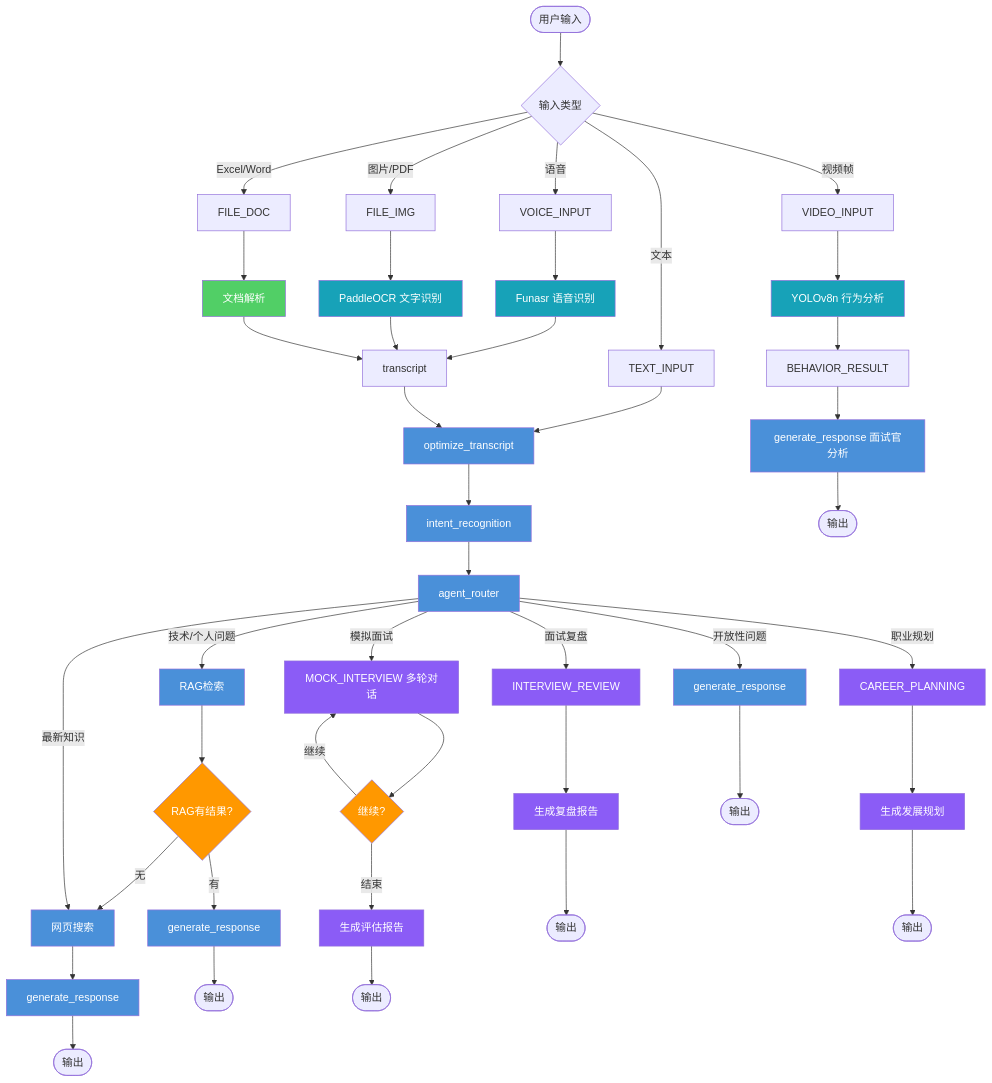
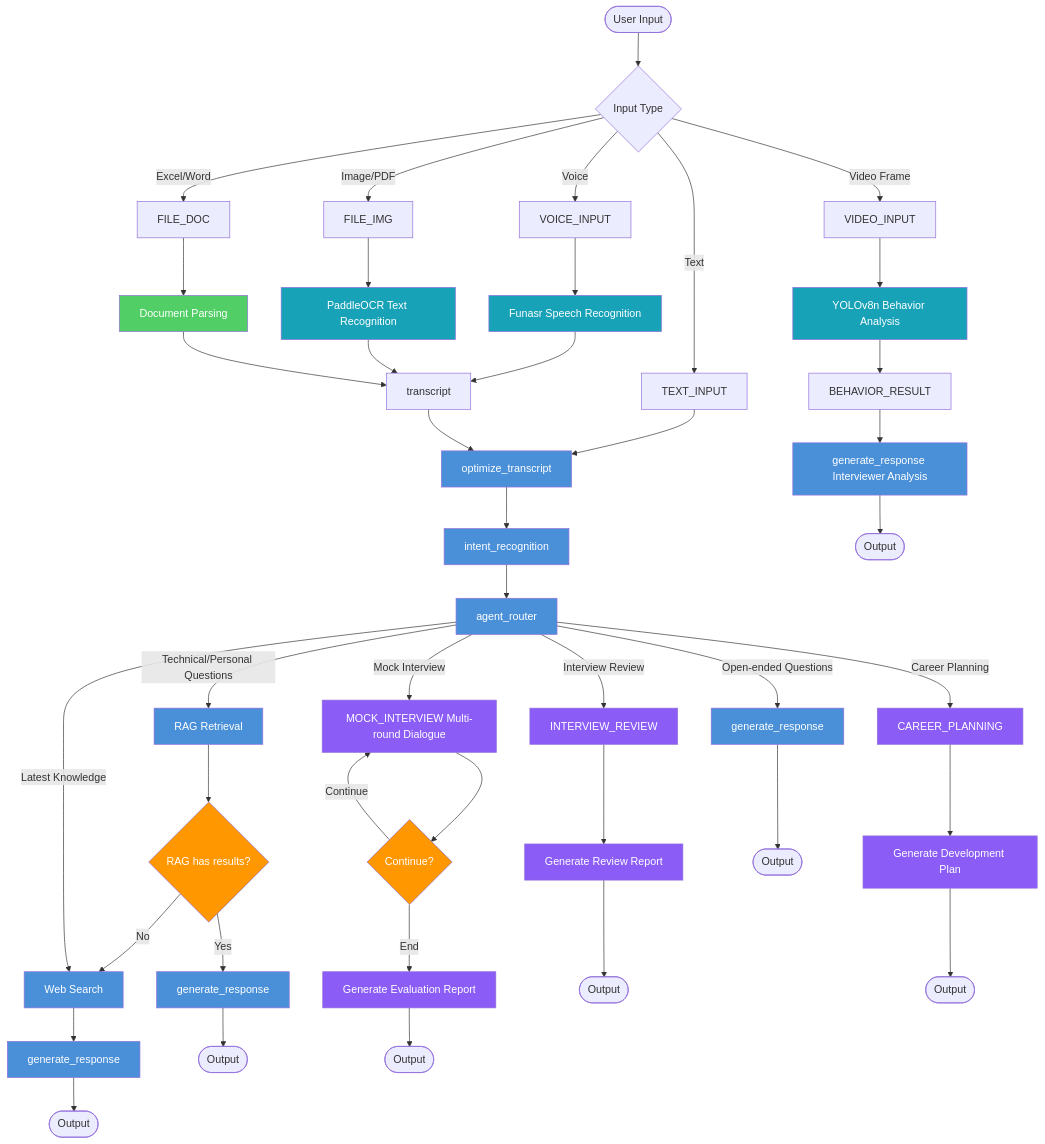
Before and after one commit to MM-arthur/IntelliView: the diagram in README.md, drawn with Mermaid. The commit also changed other lines of this file and 1 other file, not shown here.

````diff
--- a/README.md
+++ b/README.md
@@ -79,80 +82,80 @@
 ```mermaid
 graph TD
-    START([用户输入]) --> INPUT_TYPE{输入类型}
+    START([User Input]) --> INPUT_TYPE{Input Type}
 
-    INPUT_TYPE -->|文本| TEXT_INPUT
-    INPUT_TYPE -->|语音| VOICE_INPUT
-    INPUT_TYPE -->|视频帧| VIDEO_INPUT
-    INPUT_TYPE -->|图片/PDF| FILE_IMG
+    INPUT_TYPE -->|Text| TEXT_INPUT
+    INPUT_TYPE -->|Voice| VOICE_INPUT
+    INPUT_TYPE -->|Video Frame| VIDEO_INPUT
+    INPUT_TYPE -->|Image/PDF| FILE_IMG
     INPUT_TYPE -->|Excel/Word| FILE_DOC
 
     TEXT_INPUT --> OPTIMIZE
-    VOICE_INPUT --> WHISPER[Funasr 语音识别]
+    VOICE_INPUT --> WHISPER[Funasr Speech Recognition]
     WHISPER --> TRANSCRIPT[transcript]
     TRANSCRIPT --> OPTIMIZE
 
-    FILE_IMG --> OCR[PaddleOCR 文字识别]
+    FILE_IMG --> OCR[PaddleOCR Text Recognition]
     OCR --> TRANSCRIPT
 
-    FILE_DOC --> DOC_PARSE[文档解析]
+    FILE_DOC --> DOC_PARSE[Document Parsing]
     DOC_PARSE --> TRANSCRIPT
 
-    VIDEO_INPUT --> YOLO[YOLOv8n 行为分析]
+    VIDEO_INPUT --> YOLO[YOLOv8n Behavior Analysis]
     YOLO --> BEHAVIOR_RESULT
 
     OPTIMIZE[optimize_transcript] --> INTENT[intent_recognition]
     INTENT --> ROUTER[agent_router]
 
-    ROUTER -->|技术/个人问题| RAG[RAG检索]
-    RAG --> CHECK1{RAG有结果?}
-    CHECK1 -->|有| GENERATE_RAG[generate_response]
-    CHECK1 -->|无| SEARCH
+    ROUTER -->|Technical/Personal Questions| RAG[RAG Retrieval]
+    RAG --> CHECK1{RAG has results?}
+    CHECK1 -->|Yes| GENERATE_RAG[generate_response]
+    CHECK1 -->|No| SEARCH
 
-    ROUTER -->|最新知识| SEARCH[网页搜索]
+    ROUTER -->|Latest Knowledge| SEARCH[Web Search]
     SEARCH --> GENERATE_WEB[generate_response]
 
-    ROUTER -->|开放性问题| GENERATE_OPEN[generate_response]
+    ROUTER -->|Open-ended Questions| GENERATE_OPEN[generate_response]
 
-    ROUTER -->|模拟面试| MOCK[MOCK_INTERVIEW 多轮对话]
-    MOCK --> MOCK_LOOP{继续?}
-    MOCK_LOOP -->|继续| MOCK
-    MOCK_LOOP -->|结束| MOCK_REPORT[生成评估报告]
+    ROUTER -->|Mock Interview| MOCK[MOCK_INTERVIEW Multi-round Dialogue]
+    MOCK --> MOCK_LOOP{Continue?}
+    MOCK_LOOP -->|Continue| MOCK
+    MOCK_LOOP -->|End| MOCK_REPORT[Generate Evaluation Report]
 
-    ROUTER -->|面试复盘| REVIEW[INTERVIEW_REVIEW]
-    REVIEW --> REVIEW_RPT[生成复盘报告]
+    ROUTER -->|Interview Review| REVIEW[INTERVIEW_REVIEW]
+    REVIEW --> REVIEW_RPT[Generate Review Report]
 
-    ROUTER -->|职业规划| CAREER[CAREER_PLANNING]
-    CAREER --> CAREER_PLAN[生成发展规划]
+    ROUTER -->|Career Planning| CAREER[CAREER_PLANNING]
+    CAREER --> CAREER_PLAN[Generate Development Plan]
 
-    BEHAVIOR_RESULT --> BEHAVIOR_RESP[generate_response 面试官分析]
+    BEHAVIOR_RESULT --> BEHAVIOR_RESP[generate_response Interviewer Analysis]
 
-    GENERATE_RAG --> END1([输出])
-    GENERATE_WEB --> END2([输出])
-    GENERATE_OPEN --> END3([输出])
-    BEHAVIOR_RESP --> END4([输出])
-    MOCK_REPORT --> END5([输出])
-    REVIEW_RPT --> END6([输出])
-    CAREER_PLAN --> END7([输出])
+    GENERATE_RAG --> END1([Output])
+    GENERATE_WEB --> END2([Output])
+    GENERATE_OPEN --> END3([Output])
+    BEHAVIOR_RESP --> END4([Output])
+    MOCK_REPORT --> END5([Output])
+    REVIEW_RPT --> END6([Output])
+    CAREER_PLAN --> END7([Output])
 
     style OPTIMIZE fill:#4a90d9,color:#fff
     style INTENT fill:#4a90d9,color:#fff
     style ROUTER fill:#4a90d9,color:#fff
     style RAG fill:#4a90d9,color:#fff
     style SEARCH fill:#4a90d9,color:#fff
     style MOCK fill:#8b5cf6,color:#fff
     style REVIEW fill:#8b5cf6,color:#fff
     style CAREER fill:#8b5cf6,color:#fff
     style GENERATE_RAG fill:#4a90d9,color:#fff
     style GENERATE_WEB fill:#4a90d9,color:#fff
     style GENERATE_OPEN fill:#4a90d9,color:#fff
     style BEHAVIOR_RESP fill:#4a90d9,color:#fff
     style MOCK_REPORT fill:#8b5cf6,color:#fff
     style REVIEW_RPT fill:#8b5cf6,color:#fff
     style CAREER_PLAN fill:#8b5cf6,color:#fff
     style WHISPER fill:#17a2b8,color:#fff
     style YOLO fill:#17a2b8,color:#fff
     style OCR fill:#17a2b8,color:#fff
     style DOC_PARSE fill:#51cf66,color:#fff
     style CHECK1 fill:#ff9800,color:#fff
     style MOCK_LOOP fill:#ff9800,color:#fff
 ```
````
